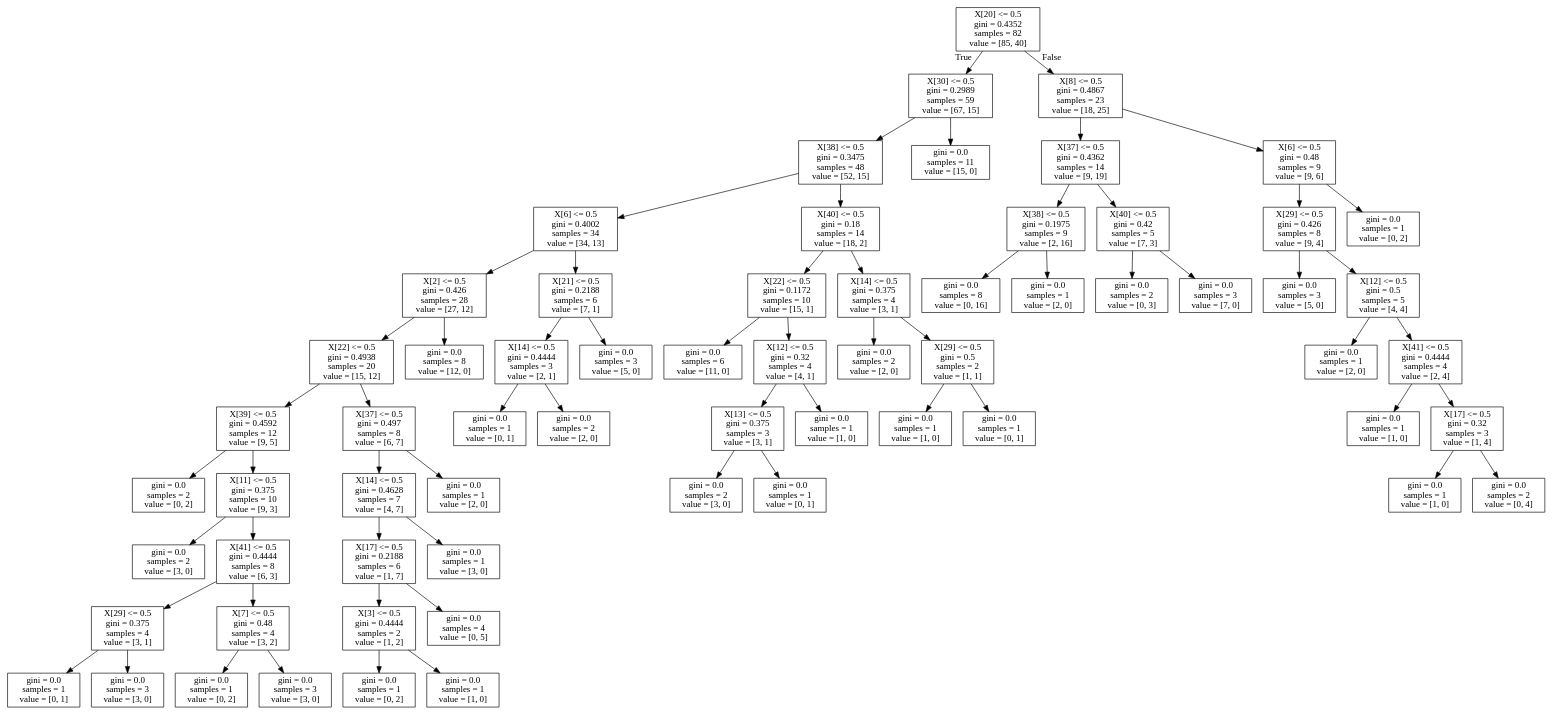
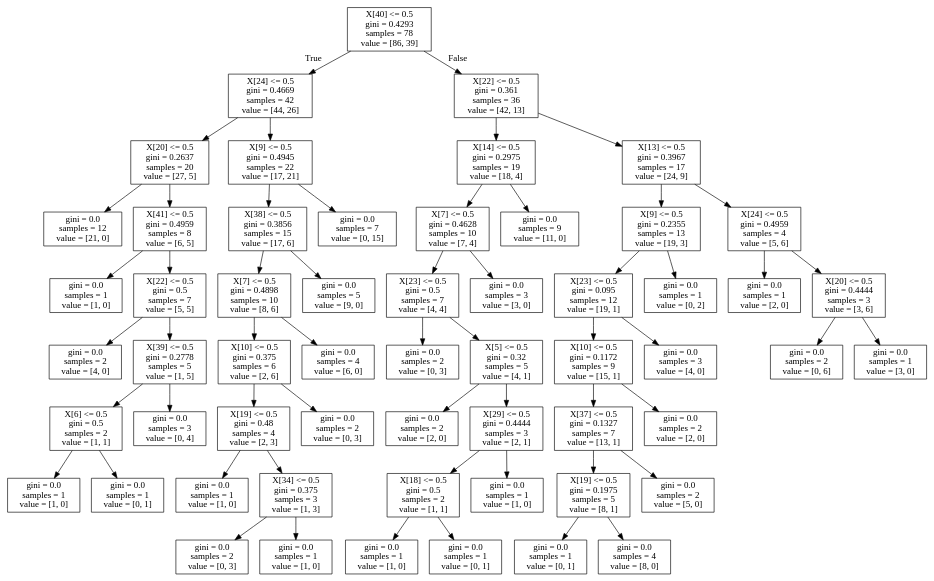
Before and after one commit to aaronfowles/elastography: the diagram in tree0.dot, drawn with Graphviz. The commit also changed 11 other files, not shown here.

```diff
--- a/tree0.dot
+++ b/tree0.dot
@@ -1,132 +1,116 @@
 digraph Tree {
 node [shape=box] ;
-0 [label="X[20] <= 0.5\ngini = 0.4352\nsamples = 82\nvalue = [85, 40]"] ;
-1 [label="X[30] <= 0.5\ngini = 0.2989\nsamples = 59\nvalue = [67, 15]"] ;
+0 [label="X[40] <= 0.5\ngini = 0.4293\nsamples = 78\nvalue = [86, 39]"] ;
+1 [label="X[24] <= 0.5\ngini = 0.4669\nsamples = 42\nvalue = [44, 26]"] ;
 0 -> 1 [labeldistance=2.5, labelangle=45, headlabel="True"] ;
-2 [label="X[38] <= 0.5\ngini = 0.3475\nsamples = 48\nvalue = [52, 15]"] ;
+2 [label="X[20] <= 0.5\ngini = 0.2637\nsamples = 20\nvalue = [27, 5]"] ;
 1 -> 2 ;
-3 [label="X[6] <= 0.5\ngini = 0.4002\nsamples = 34\nvalue = [34, 13]"] ;
+3 [label="gini = 0.0\nsamples = 12\nvalue = [21, 0]"] ;
 2 -> 3 ;
-4 [label="X[2] <= 0.5\ngini = 0.426\nsamples = 28\nvalue = [27, 12]"] ;
-3 -> 4 ;
-5 [label="X[22] <= 0.5\ngini = 0.4938\nsamples = 20\nvalue = [15, 12]"] ;
+4 [label="X[41] <= 0.5\ngini = 0.4959\nsamples = 8\nvalue = [6, 5]"] ;
+2 -> 4 ;
+5 [label="gini = 0.0\nsamples = 1\nvalue = [1, 0]"] ;
 4 -> 5 ;
-6 [label="X[39] <= 0.5\ngini = 0.4592\nsamples = 12\nvalue = [9, 5]"] ;
-5 -> 6 ;
-7 [label="gini = 0.0\nsamples = 2\nvalue = [0, 2]"] ;
+6 [label="X[22] <= 0.5\ngini = 0.5\nsamples = 7\nvalue = [5, 5]"] ;
+4 -> 6 ;
+7 [label="gini = 0.0\nsamples = 2\nvalue = [4, 0]"] ;
 6 -> 7 ;
-8 [label="X[11] <= 0.5\ngini = 0.375\nsamples = 10\nvalue = [9, 3]"] ;
+8 [label="X[39] <= 0.5\ngini = 0.2778\nsamples = 5\nvalue = [1, 5]"] ;
 6 -> 8 ;
-9 [label="gini = 0.0\nsamples = 2\nvalue = [3, 0]"] ;
+9 [label="X[6] <= 0.5\ngini = 0.5\nsamples = 2\nvalue = [1, 1]"] ;
 8 -> 9 ;
-10 [label="X[41] <= 0.5\ngini = 0.4444\nsamples = 8\nvalue = [6, 3]"] ;
-8 -> 10 ;
-11 [label="X[29] <= 0.5\ngini = 0.375\nsamples = 4\nvalue = [3, 1]"] ;
-10 -> 11 ;
-12 [label="gini = 0.0\nsamples = 1\nvalue = [0, 1]"] ;
-11 -> 12 ;
-13 [label="gini = 0.0\nsamples = 3\nvalue = [3, 0]"] ;
-11 -> 13 ;
-14 [label="X[7] <= 0.5\ngini = 0.48\nsamples = 4\nvalue = [3, 2]"] ;
-10 -> 14 ;
-15 [label="gini = 0.0\nsamples = 1\nvalue = [0, 2]"] ;
+10 [label="gini = 0.0\nsamples = 1\nvalue = [1, 0]"] ;
+9 -> 10 ;
+11 [label="gini = 0.0\nsamples = 1\nvalue = [0, 1]"] ;
+9 -> 11 ;
+12 [label="gini = 0.0\nsamples = 3\nvalue = [0, 4]"] ;
+8 -> 12 ;
+13 [label="X[9] <= 0.5\ngini = 0.4945\nsamples = 22\nvalue = [17, 21]"] ;
+1 -> 13 ;
+14 [label="X[38] <= 0.5\ngini = 0.3856\nsamples = 15\nvalue = [17, 6]"] ;
+13 -> 14 ;
+15 [label="X[7] <= 0.5\ngini = 0.4898\nsamples = 10\nvalue = [8, 6]"] ;
 14 -> 15 ;
-16 [label="gini = 0.0\nsamples = 3\nvalue = [3, 0]"] ;
-14 -> 16 ;
-17 [label="X[37] <= 0.5\ngini = 0.497\nsamples = 8\nvalue = [6, 7]"] ;
-5 -> 17 ;
-18 [label="X[14] <= 0.5\ngini = 0.4628\nsamples = 7\nvalue = [4, 7]"] ;
+16 [label="X[10] <= 0.5\ngini = 0.375\nsamples = 6\nvalue = [2, 6]"] ;
+15 -> 16 ;
+17 [label="X[19] <= 0.5\ngini = 0.48\nsamples = 4\nvalue = [2, 3]"] ;
+16 -> 17 ;
+18 [label="gini = 0.0\nsamples = 1\nvalue = [1, 0]"] ;
 17 -> 18 ;
-19 [label="X[17] <= 0.5\ngini = 0.2188\nsamples = 6\nvalue = [1, 7]"] ;
-18 -> 19 ;
-20 [label="X[3] <= 0.5\ngini = 0.4444\nsamples = 2\nvalue = [1, 2]"] ;
+19 [label="X[34] <= 0.5\ngini = 0.375\nsamples = 3\nvalue = [1, 3]"] ;
+17 -> 19 ;
+20 [label="gini = 0.0\nsamples = 2\nvalue = [0, 3]"] ;
 19 -> 20 ;
-21 [label="gini = 0.0\nsamples = 1\nvalue = [0, 2]"] ;
-20 -> 21 ;
-22 [label="gini = 0.0\nsamples = 1\nvalue = [1, 0]"] ;
-20 -> 22 ;
-23 [label="gini = 0.0\nsamples = 4\nvalue = [0, 5]"] ;
-19 -> 23 ;
-24 [label="gini = 0.0\nsamples = 1\nvalue = [3, 0]"] ;
-18 -> 24 ;
-25 [label="gini = 0.0\nsamples = 1\nvalue = [2, 0]"] ;
-17 -> 25 ;
-26 [label="gini = 0.0\nsamples = 8\nvalue = [12, 0]"] ;
-4 -> 26 ;
-27 [label="X[21] <= 0.5\ngini = 0.2188\nsamples = 6\nvalue = [7, 1]"] ;
-3 -> 27 ;
-28 [label="X[14] <= 0.5\ngini = 0.4444\nsamples = 3\nvalue = [2, 1]"] ;
+21 [label="gini = 0.0\nsamples = 1\nvalue = [1, 0]"] ;
+19 -> 21 ;
+22 [label="gini = 0.0\nsamples = 2\nvalue = [0, 3]"] ;
+16 -> 22 ;
+23 [label="gini = 0.0\nsamples = 4\nvalue = [6, 0]"] ;
+15 -> 23 ;
+24 [label="gini = 0.0\nsamples = 5\nvalue = [9, 0]"] ;
+14 -> 24 ;
+25 [label="gini = 0.0\nsamples = 7\nvalue = [0, 15]"] ;
+13 -> 25 ;
+26 [label="X[22] <= 0.5\ngini = 0.361\nsamples = 36\nvalue = [42, 13]"] ;
+0 -> 26 [labeldistance=2.5, labelangle=-45, headlabel="False"] ;
+27 [label="X[14] <= 0.5\ngini = 0.2975\nsamples = 19\nvalue = [18, 4]"] ;
+26 -> 27 ;
+28 [label="X[7] <= 0.5\ngini = 0.4628\nsamples = 10\nvalue = [7, 4]"] ;
 27 -> 28 ;
-29 [label="gini = 0.0\nsamples = 1\nvalue = [0, 1]"] ;
+29 [label="X[23] <= 0.5\ngini = 0.5\nsamples = 7\nvalue = [4, 4]"] ;
 28 -> 29 ;
-30 [label="gini = 0.0\nsamples = 2\nvalue = [2, 0]"] ;
-28 -> 30 ;
-31 [label="gini = 0.0\nsamples = 3\nvalue = [5, 0]"] ;
-27 -> 31 ;
-32 [label="X[40] <= 0.5\ngini = 0.18\nsamples = 14\nvalue = [18, 2]"] ;
-2 -> 32 ;
-33 [label="X[22] <= 0.5\ngini = 0.1172\nsamples = 10\nvalue = [15, 1]"] ;
-32 -> 33 ;
-34 [label="gini = 0.0\nsamples = 6\nvalue = [11, 0]"] ;
+30 [label="gini = 0.0\nsamples = 2\nvalue = [0, 3]"] ;
+29 -> 30 ;
+31 [label="X[5] <= 0.5\ngini = 0.32\nsamples = 5\nvalue = [4, 1]"] ;
+29 -> 31 ;
+32 [label="gini = 0.0\nsamples = 2\nvalue = [2, 0]"] ;
+31 -> 32 ;
+33 [label="X[29] <= 0.5\ngini = 0.4444\nsamples = 3\nvalue = [2, 1]"] ;
+31 -> 33 ;
+34 [label="X[18] <= 0.5\ngini = 0.5\nsamples = 2\nvalue = [1, 1]"] ;
 33 -> 34 ;
-35 [label="X[12] <= 0.5\ngini = 0.32\nsamples = 4\nvalue = [4, 1]"] ;
-33 -> 35 ;
-36 [label="X[13] <= 0.5\ngini = 0.375\nsamples = 3\nvalue = [3, 1]"] ;
-35 -> 36 ;
-37 [label="gini = 0.0\nsamples = 2\nvalue = [3, 0]"] ;
-36 -> 37 ;
-38 [label="gini = 0.0\nsamples = 1\nvalue = [0, 1]"] ;
-36 -> 38 ;
-39 [label="gini = 0.0\nsamples = 1\nvalue = [1, 0]"] ;
-35 -> 39 ;
-40 [label="X[14] <= 0.5\ngini = 0.375\nsamples = 4\nvalue = [3, 1]"] ;
-32 -> 40 ;
-41 [label="gini = 0.0\nsamples = 2\nvalue = [2, 0]"] ;
+35 [label="gini = 0.0\nsamples = 1\nvalue = [1, 0]"] ;
+34 -> 35 ;
+36 [label="gini = 0.0\nsamples = 1\nvalue = [0, 1]"] ;
+34 -> 36 ;
+37 [label="gini = 0.0\nsamples = 1\nvalue = [1, 0]"] ;
+33 -> 37 ;
+38 [label="gini = 0.0\nsamples = 3\nvalue = [3, 0]"] ;
+28 -> 38 ;
+39 [label="gini = 0.0\nsamples = 9\nvalue = [11, 0]"] ;
+27 -> 39 ;
+40 [label="X[13] <= 0.5\ngini = 0.3967\nsamples = 17\nvalue = [24, 9]"] ;
+26 -> 40 ;
+41 [label="X[9] <= 0.5\ngini = 0.2355\nsamples = 13\nvalue = [19, 3]"] ;
 40 -> 41 ;
-42 [label="X[29] <= 0.5\ngini = 0.5\nsamples = 2\nvalue = [1, 1]"] ;
-40 -> 42 ;
-43 [label="gini = 0.0\nsamples = 1\nvalue = [1, 0]"] ;
+42 [label="X[23] <= 0.5\ngini = 0.095\nsamples = 12\nvalue = [19, 1]"] ;
+41 -> 42 ;
+43 [label="X[10] <= 0.5\ngini = 0.1172\nsamples = 9\nvalue = [15, 1]"] ;
 42 -> 43 ;
-44 [label="gini = 0.0\nsamples = 1\nvalue = [0, 1]"] ;
-42 -> 44 ;
-45 [label="gini = 0.0\nsamples = 11\nvalue = [15, 0]"] ;
-1 -> 45 ;
-46 [label="X[8] <= 0.5\ngini = 0.4867\nsamples = 23\nvalue = [18, 25]"] ;
-0 -> 46 [labeldistance=2.5, labelangle=-45, headlabel="False"] ;
-47 [label="X[37] <= 0.5\ngini = 0.4362\nsamples = 14\nvalue = [9, 19]"] ;
-46 -> 47 ;
-48 [label="X[38] <= 0.5\ngini = 0.1975\nsamples = 9\nvalue = [2, 16]"] ;
-47 -> 48 ;
-49 [label="gini = 0.0\nsamples = 8\nvalue = [0, 16]"] ;
-48 -> 49 ;
-50 [label="gini = 0.0\nsamples = 1\nvalue = [2, 0]"] ;
-48 -> 50 ;
-51 [label="X[40] <= 0.5\ngini = 0.42\nsamples = 5\nvalue = [7, 3]"] ;
-47 -> 51 ;
-52 [label="gini = 0.0\nsamples = 2\nvalue = [0, 3]"] ;
-51 -> 52 ;
-53 [label="gini = 0.0\nsamples = 3\nvalue = [7, 0]"] ;
-51 -> 53 ;
-54 [label="X[6] <= 0.5\ngini = 0.48\nsamples = 9\nvalue = [9, 6]"] ;
-46 -> 54 ;
-55 [label="X[29] <= 0.5\ngini = 0.426\nsamples = 8\nvalue = [9, 4]"] ;
+44 [label="X[37] <= 0.5\ngini = 0.1327\nsamples = 7\nvalue = [13, 1]"] ;
+43 -> 44 ;
+45 [label="X[19] <= 0.5\ngini = 0.1975\nsamples = 5\nvalue = [8, 1]"] ;
+44 -> 45 ;
+46 [label="gini = 0.0\nsamples = 1\nvalue = [0, 1]"] ;
+45 -> 46 ;
+47 [label="gini = 0.0\nsamples = 4\nvalue = [8, 0]"] ;
+45 -> 47 ;
+48 [label="gini = 0.0\nsamples = 2\nvalue = [5, 0]"] ;
+44 -> 48 ;
+49 [label="gini = 0.0\nsamples = 2\nvalue = [2, 0]"] ;
+43 -> 49 ;
+50 [label="gini = 0.0\nsamples = 3\nvalue = [4, 0]"] ;
+42 -> 50 ;
+51 [label="gini = 0.0\nsamples = 1\nvalue = [0, 2]"] ;
+41 -> 51 ;
+52 [label="X[24] <= 0.5\ngini = 0.4959\nsamples = 4\nvalue = [5, 6]"] ;
+40 -> 52 ;
+53 [label="gini = 0.0\nsamples = 1\nvalue = [2, 0]"] ;
+52 -> 53 ;
+54 [label="X[20] <= 0.5\ngini = 0.4444\nsamples = 3\nvalue = [3, 6]"] ;
+52 -> 54 ;
+55 [label="gini = 0.0\nsamples = 2\nvalue = [0, 6]"] ;
 54 -> 55 ;
-56 [label="gini = 0.0\nsamples = 3\nvalue = [5, 0]"] ;
-55 -> 56 ;
-57 [label="X[12] <= 0.5\ngini = 0.5\nsamples = 5\nvalue = [4, 4]"] ;
-55 -> 57 ;
-58 [label="gini = 0.0\nsamples = 1\nvalue = [2, 0]"] ;
-57 -> 58 ;
-59 [label="X[41] <= 0.5\ngini = 0.4444\nsamples = 4\nvalue = [2, 4]"] ;
-57 -> 59 ;
-60 [label="gini = 0.0\nsamples = 1\nvalue = [1, 0]"] ;
-59 -> 60 ;
-61 [label="X[17] <= 0.5\ngini = 0.32\nsamples = 3\nvalue = [1, 4]"] ;
-59 -> 61 ;
-62 [label="gini = 0.0\nsamples = 1\nvalue = [1, 0]"] ;
-61 -> 62 ;
-63 [label="gini = 0.0\nsamples = 2\nvalue = [0, 4]"] ;
-61 -> 63 ;
-64 [label="gini = 0.0\nsamples = 1\nvalue = [0, 2]"] ;
-54 -> 64 ;
+56 [label="gini = 0.0\nsamples = 1\nvalue = [3, 0]"] ;
+54 -> 56 ;
 }
```
